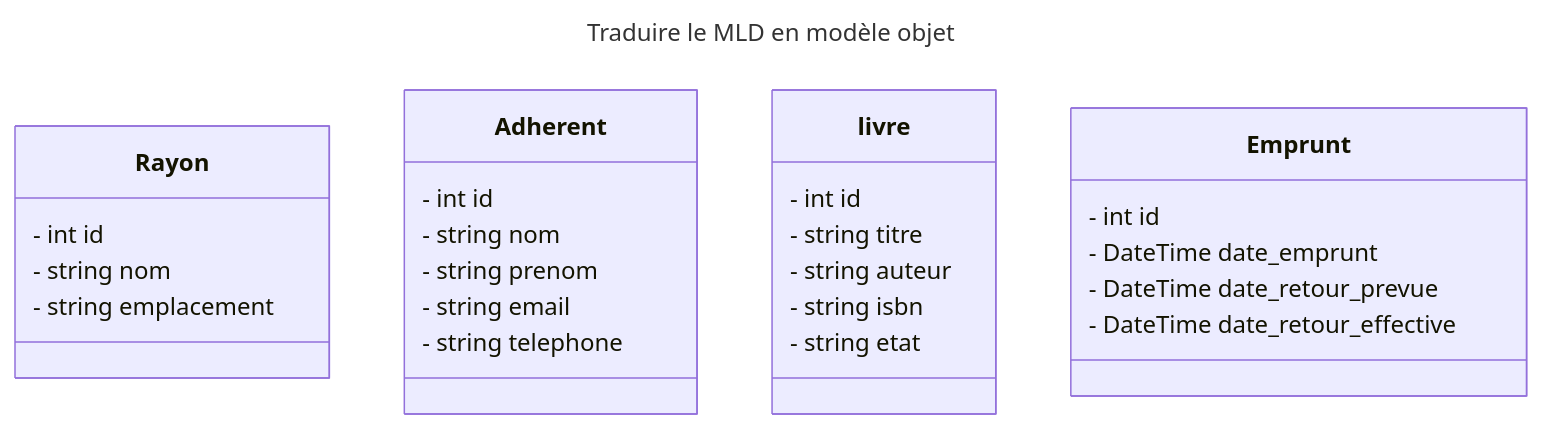
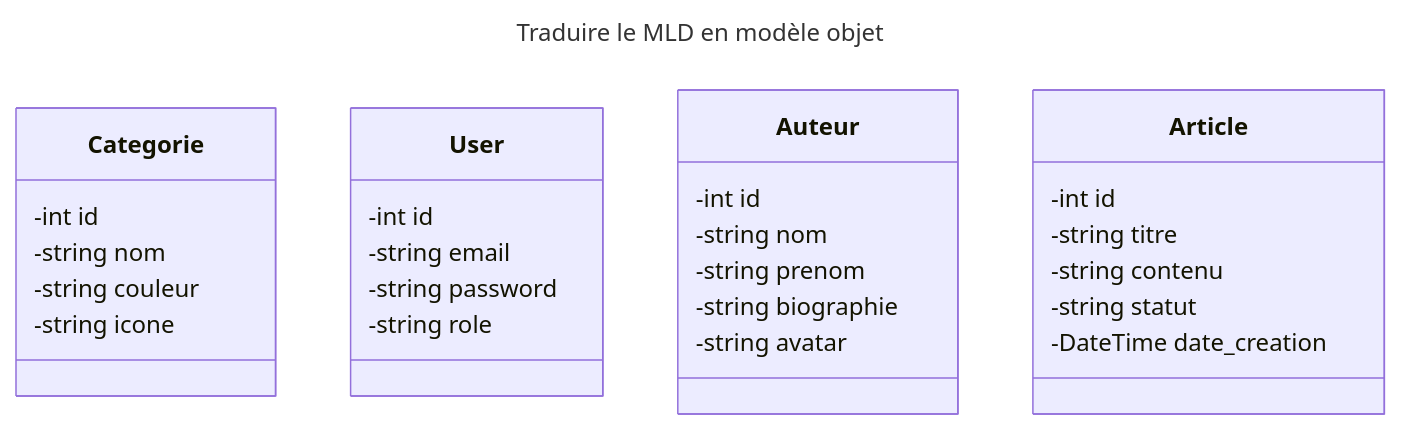
The diagram in conception/classes.mmd (elfaquihiayoub/mobile-projet-fil-rouge), drawn with Mermaid before and after one commit.

Commit message:
Refactor class diagram to include Categorie, User, Auteur, and Article classes

```diff
--- a/conception/classes.mmd
+++ b/conception/classes.mmd
@@ -1,29 +1,33 @@
 ---
 title: Traduire le MLD en modèle objet
 ---
 classDiagram
-    class Rayon{
-        - int id
-        - string nom
-        - string emplacement
-        }
-    class Adherent{
-        - int id
-        - string nom
-        - string prenom
-        - string email
-        - string telephone
-        }
-    class livre{
-        - int id
-        - string titre
-        - string auteur
-        - string isbn
-        - string etat
-        }
-    class Emprunt{
-        - int id
-        - DateTime date_emprunt
-        - DateTime date_retour_prevue
-        - DateTime date_retour_effective
-        }
+    class Categorie {
+        -int id
+        -string nom
+        -string couleur
+        -string icone
+    }
+    
+    class User {
+        -int id
+        -string email
+        -string password
+        -string role
+    }
+    
+    class Auteur {
+        -int id
+        -string nom
+        -string prenom
+        -string biographie
+        -string avatar
+    }
+    
+    class Article {
+        -int id
+        -string titre
+        -string contenu
+        -string statut
+        -DateTime date_creation
+    }
```
